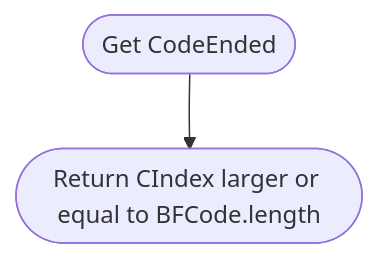
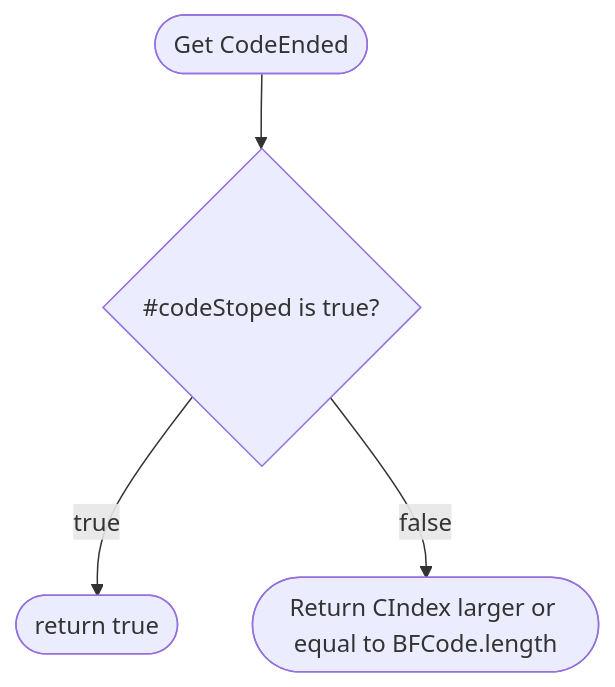
One commit to BCS21090011/BrainFucker changed diagram 20 of 47 in Classes_Info/BrainfuckExecuter.md. Above: the diagram before and after it, drawn with Mermaid. The commit also changed other lines of this file and 2 other files, not shown here.

Commit message:
Fixed out ranged issue, added feature to stop code execution.

````diff
--- a/Classes_Info/BrainfuckExecuter.md
+++ b/Classes_Info/BrainfuckExecuter.md
@@ -777,10 +789,18 @@
     ```mermaid
     flowchart TD
 
     Start([Get CodeEnded])
-    End([Return CIndex larger or equal to BFCode.length])
+    CheckStoped{#codeStoped is true?}
+    End1([return true])
+    End2([Return CIndex larger or equal to BFCode.length])
 
     Start
     -->
-    End
+    CheckStoped
+    --true-->
+    End1
+
+    CheckStoped
+    --false-->
+    End2
     ```
````
